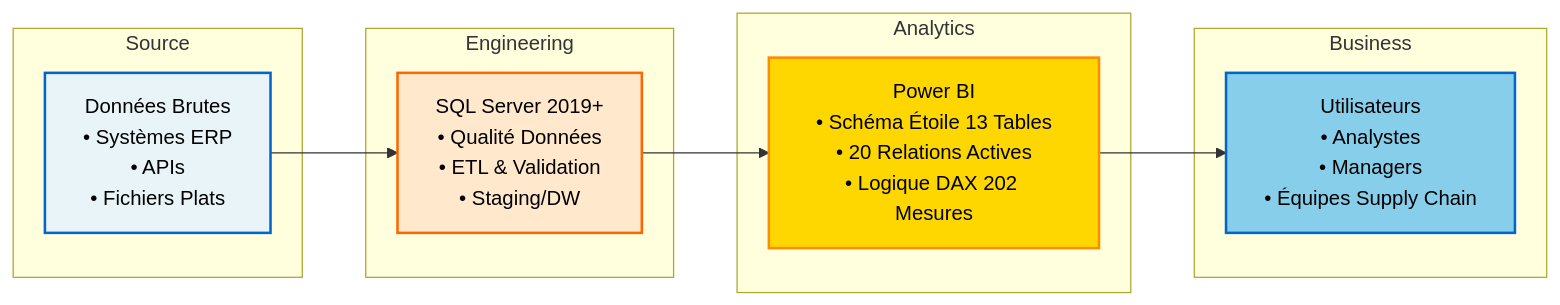
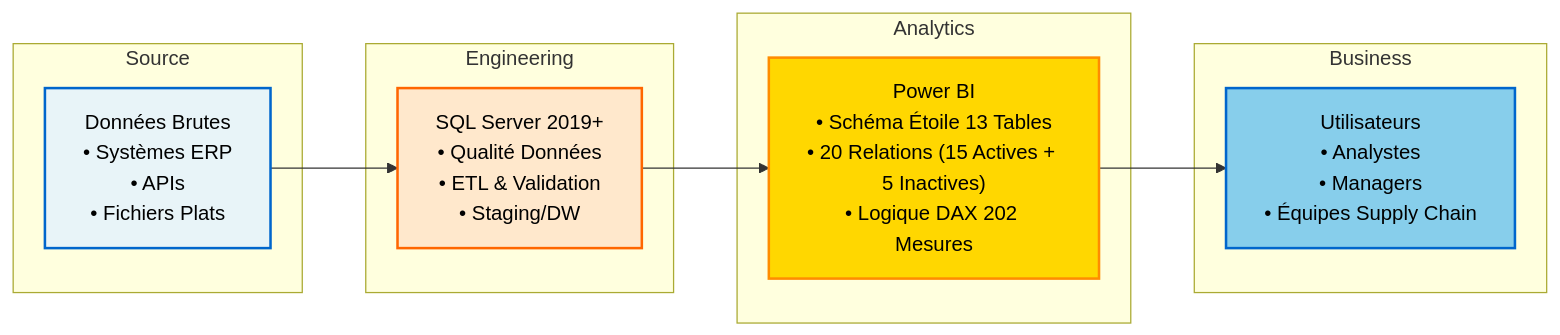
The diagram in README [FR].md (Data-Marc/pharma-logistics-bi), drawn with Mermaid before and after one commit. The commit also changed other lines of this file and 2 other files, not shown here.

Commit message:
docs: Fix README consistency - standardize relationships and measures across EN, FR, ES versions

````diff
--- a/README [FR].md
+++ b/README [FR].md
@@ -43,27 +43,27 @@
 ```mermaid
 graph LR
     subgraph "Source"
     A["Données Brutes<br/>• Systèmes ERP<br/>• APIs<br/>• Fichiers Plats"]
     end
     
     subgraph "Engineering"
     B["SQL Server 2019+<br/>• Qualité Données<br/>• ETL & Validation<br/>• Staging/DW"]
     end
     
     subgraph "Analytics"
-    C["Power BI<br/>• Schéma Étoile 13 Tables<br/>• 20 Relations Actives<br/>• Logique DAX 202 Mesures"]
+    C["Power BI<br/>• Schéma Étoile 13 Tables<br/>• 20 Relations (15 Actives + 5 Inactives)<br/>• Logique DAX 202 Mesures"]
     end
     
     subgraph "Business"
     D["Utilisateurs<br/>• Analystes<br/>• Managers<br/>• Équipes Supply Chain"]
     end
 
     A --> B
     B --> C
     C --> D
     
     style A fill:#e8f4f8,stroke:#0066cc,stroke-width:2px,color:#000
     style B fill:#ffe8cc,stroke:#ff6600,stroke-width:2px,color:#000
     style C fill:#ffd700,stroke:#ff8c00,stroke-width:2px,color:#000
     style D fill:#87ceeb,stroke:#0066cc,stroke-width:2px,color:#000
 ```
````
